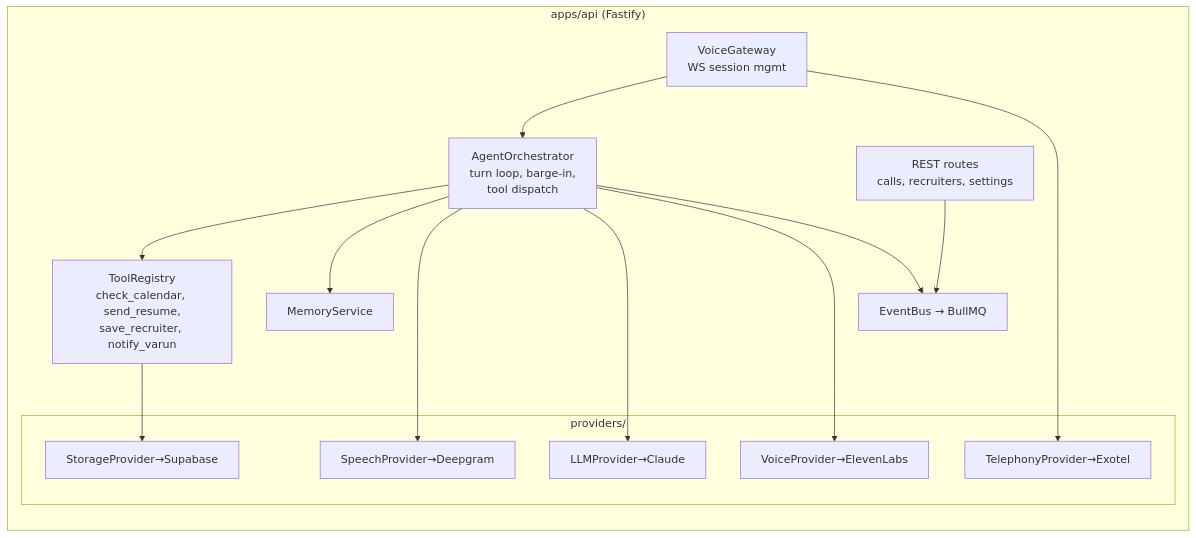
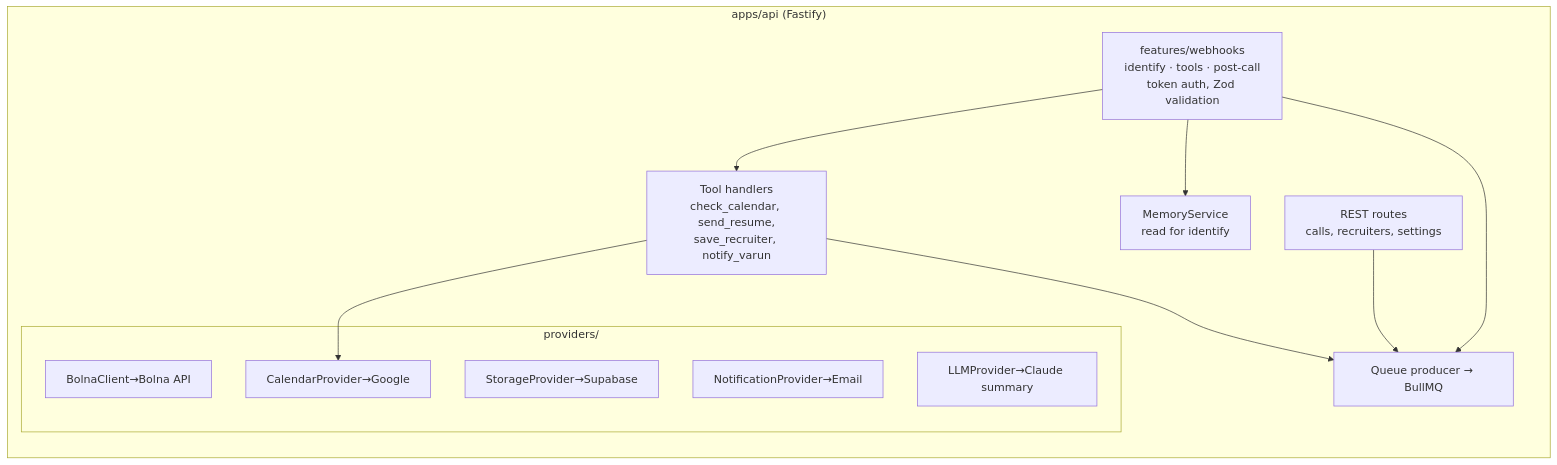
The third of 5 diagrams in docs/01_SYSTEM_ARCHITECTURE.md (gandhi120/RecruitPilot_AI), drawn with Mermaid before and after one commit. The commit also changed other lines of this file and 34 other files, not shown here.

First line of the commit message:
docs: pivot voice stack to Bolna; archive DIY vendor docs as phase-2 reference

````diff
--- a/docs/01_SYSTEM_ARCHITECTURE.md
+++ b/docs/01_SYSTEM_ARCHITECTURE.md
@@ -140,26 +144,23 @@
 ```mermaid
 flowchart LR
     subgraph API["apps/api (Fastify)"]
-        WS[VoiceGateway<br/>WS session mgmt]
-        ORCH[AgentOrchestrator<br/>turn loop, barge-in,<br/>tool dispatch]
-        TOOLS[ToolRegistry<br/>check_calendar, send_resume,<br/>save_recruiter, notify_varun]
-        MEM[MemoryService]
+        WH[features/webhooks<br/>identify · tools · post-call<br/>token auth, Zod validation]
+        TOOLS[Tool handlers<br/>check_calendar, send_resume,<br/>save_recruiter, notify_varun]
+        MEM[MemoryService<br/>read for identify]
         REST[REST routes<br/>calls, recruiters, settings]
-        EVT[EventBus → BullMQ]
+        EVT[Queue producer → BullMQ]
         subgraph PROV[providers/]
-            P1[TelephonyProvider→Exotel]
-            P2[SpeechProvider→Deepgram]
-            P3[LLMProvider→Claude]
-            P4[VoiceProvider→ElevenLabs]
-            P5[StorageProvider→Supabase]
+            P1[BolnaClient→Bolna API]
+            P2[CalendarProvider→Google]
+            P3[StorageProvider→Supabase]
+            P4[NotificationProvider→Email]
+            P5[LLMProvider→Claude summary]
         end
     end
-    WS --> ORCH
-    ORCH --> TOOLS
-    ORCH --> MEM
-    ORCH --> P2 & P3 & P4
-    WS --> P1
-    TOOLS --> P5
-    ORCH --> EVT
+    WH --> TOOLS
+    WH --> MEM
+    WH --> EVT
+    TOOLS --> P2
+    TOOLS --> EVT
     REST --> EVT
 ```
````
